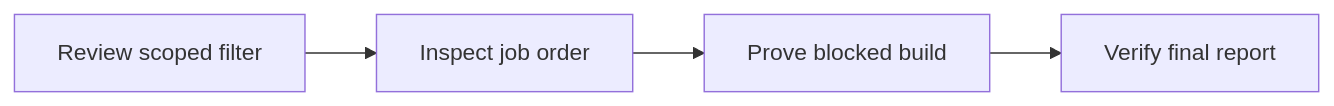
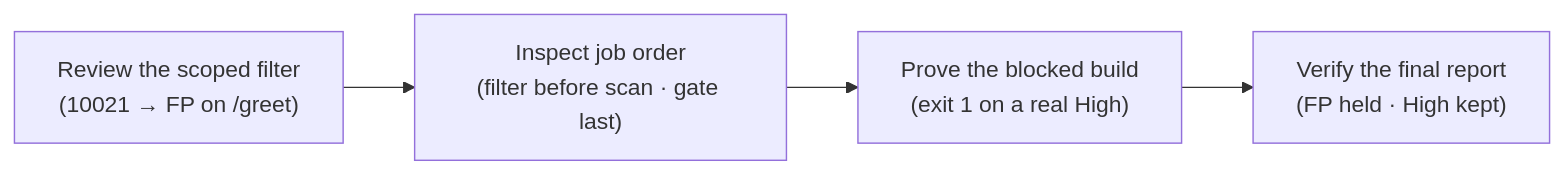
The diagram in demos/module2-demos/m2-demo3-security-quality-gates/README.md (rupeshtiwari/pluralsight-script-development-with-zap), drawn with Mermaid before and after one commit. The commit also changed other lines of this file and 5 other files, not shown here.

````diff
--- a/demos/module2-demos/m2-demo3-security-quality-gates/README.md
+++ b/demos/module2-demos/m2-demo3-security-quality-gates/README.md
@@ -39,10 +39,8 @@
 ```mermaid
 flowchart LR
-  S1["Review scoped filter"]
-  S2["Inspect job order"]
-  S3["Prove blocked build"]
-  S4["Verify final report"]
-  S1 --> S2
-  S2 --> S3
-  S3 --> S4
+  S1["Review the scoped filter<br/>(10021 → FP on /greet)"]
+  S2["Inspect job order<br/>(filter before scan · gate last)"]
+  S3["Prove the blocked build<br/>(exit 1 on a real High)"]
+  S4["Verify the final report<br/>(FP held · High kept)"]
+  S1 --> S2 --> S3 --> S4
 ```
````
